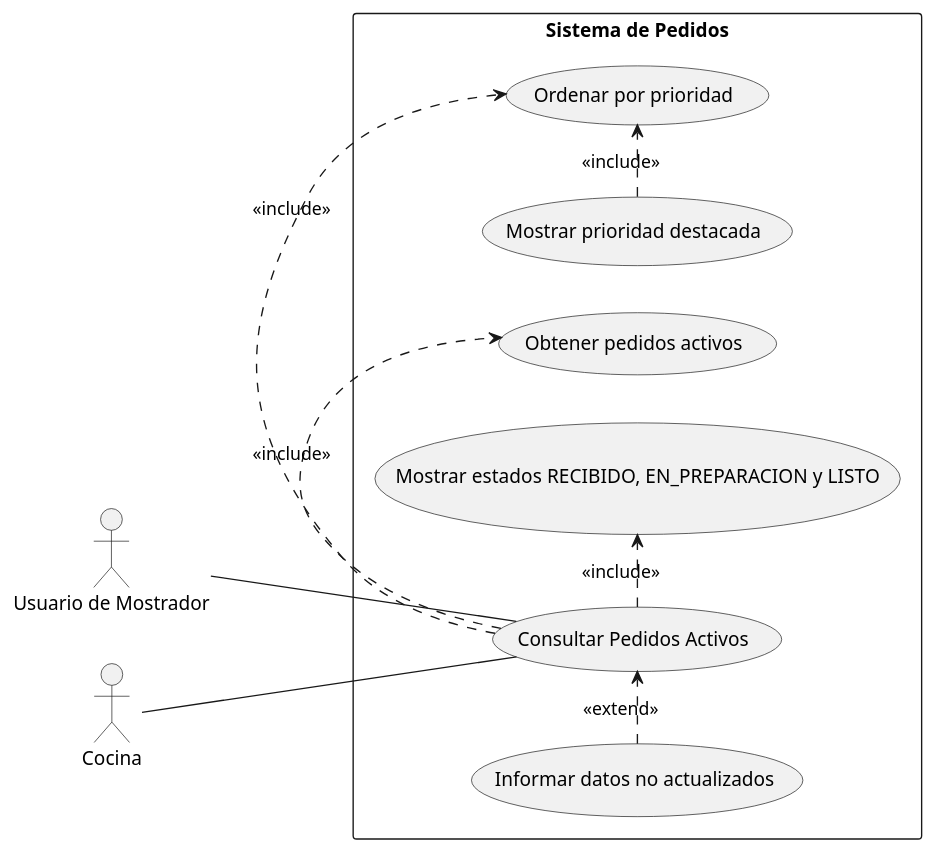
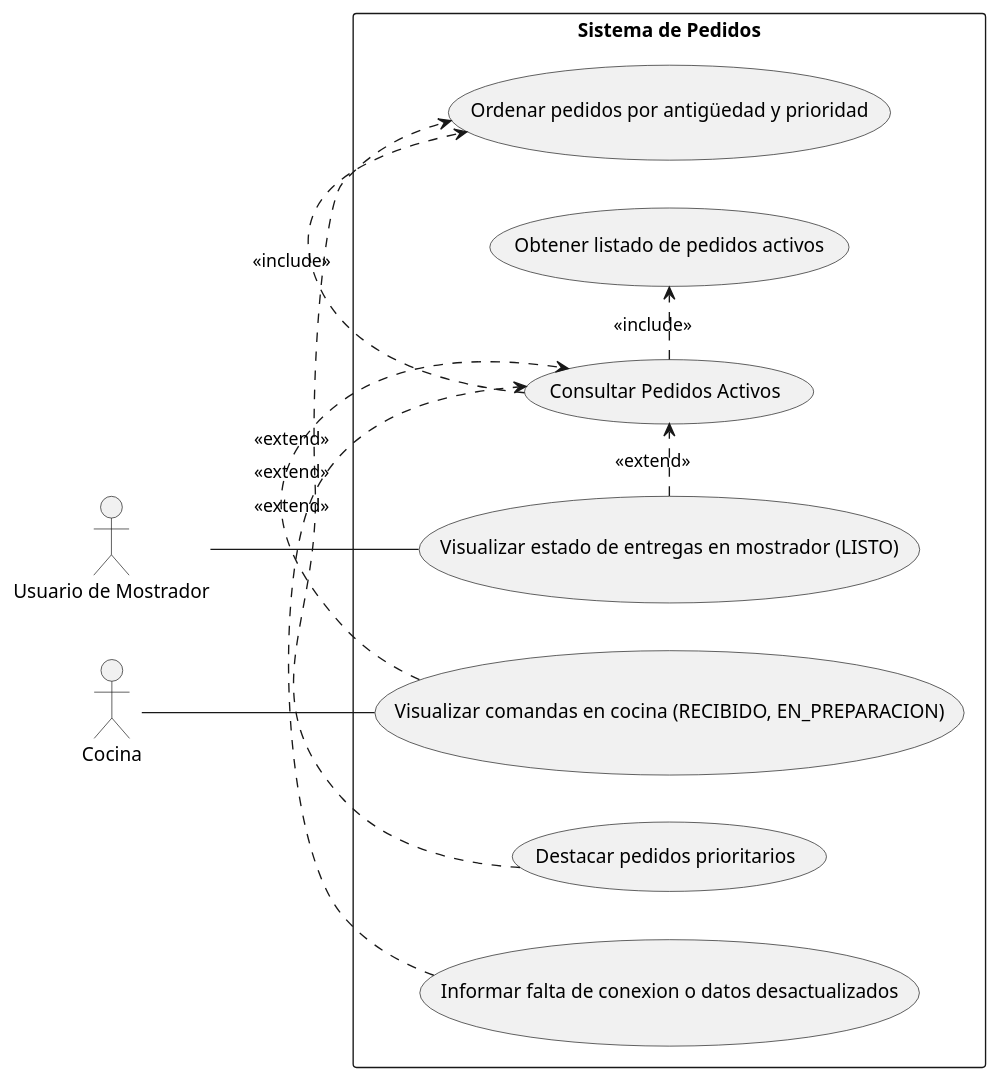
Before and after one commit to eloeyhe/SistemaPedidos: the diagram in diagramas/02-casos-de-uso/CU05-consultar-pedidos-activos.puml, drawn with PlantUML. The commit also changed 8 other files, not shown here.

Commit message:
docs: actualizar changelog y diagramas de casos de uso segun revision de PR

```diff
--- a/diagramas/02-casos-de-uso/CU05-consultar-pedidos-activos.puml
+++ b/diagramas/02-casos-de-uso/CU05-consultar-pedidos-activos.puml
@@ -1,24 +1,27 @@
 @startuml CU05_Consultar_Pedidos_Activos
 left to right direction
-
 actor "Usuario de Mostrador" as Mostrador
 actor Cocina
 
 rectangle "Sistema de Pedidos" {
-    usecase "Consultar Pedidos Activos" as Consultar
-    usecase "Obtener pedidos activos" as Obtener
-    usecase "Mostrar estados RECIBIDO, EN_PREPARACION y LISTO" as MostrarEstados
-    usecase "Ordenar por prioridad" as OrdenarPrioridad
-    usecase "Mostrar prioridad destacada" as MostrarPrioridad
-    usecase "Informar datos no actualizados" as SinConexion
+	usecase "Consultar Pedidos Activos" as Consultar
+	usecase "Obtener listado de pedidos activos" as Obtener
+	usecase "Visualizar comandas en cocina (RECIBIDO, EN_PREPARACION)" as ConsultarCocina
+	usecase "Visualizar estado de entregas en mostrador (LISTO)" as ConsultarMostrador
+	usecase "Ordenar pedidos por antigüedad y prioridad" as Ordenar
+	usecase "Destacar pedidos prioritarios" as Destacar
+	usecase "Informar falta de conexion o datos desactualizados" as SinConexion
 }
 
-Mostrador -- Consultar
-Cocina -- Consultar
+Cocina -- ConsultarCocina
+Mostrador -- ConsultarMostrador
+
+ConsultarCocina .> Consultar : <<extend>>
+ConsultarMostrador .> Consultar : <<extend>>
 
 Consultar .> Obtener : <<include>>
-Consultar .> MostrarEstados : <<include>>
-Consultar .> OrdenarPrioridad : <<include>>
-MostrarPrioridad .> OrdenarPrioridad : <<include>>
+Consultar .> Ordenar : <<include>>
+
+Destacar .> Ordenar : <<extend>>
 SinConexion .> Consultar : <<extend>>
 @enduml
```
